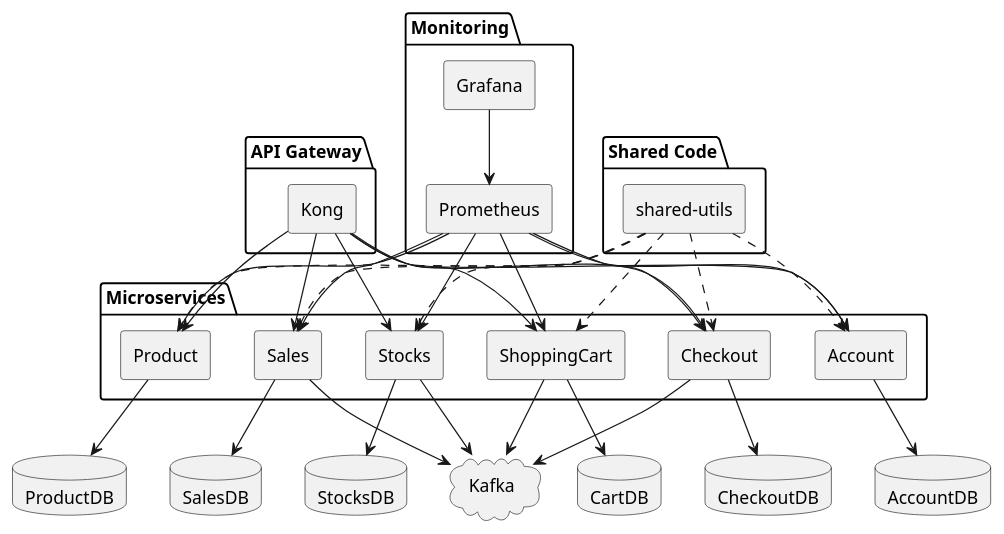
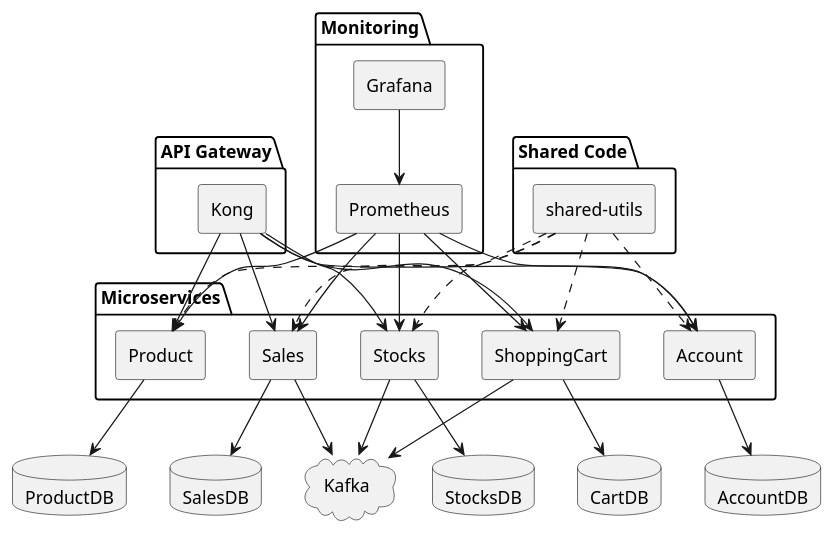
The third of 20 diagrams in docs/rapport.md (ThePhobosDeimosSuite/laboratoire-0_log430), drawn with PlantUML before and after one commit. The commit also changed other lines of this file and 20 other files, not shown here.

```diff
--- a/docs/rapport.md
+++ b/docs/rapport.md
@@ -297,73 +279,66 @@
 @startuml component
 skinparam componentStyle rectangle
 skinparam defaultTextAlignment center
 
 package "API Gateway" {
   [Kong]
 }
 
 package "Monitoring" {
   [Prometheus]
   [Grafana]
 }
 
 package "Shared Code" {
   [shared-utils] as SharedUtils
 }
 
 cloud "Kafka" {
 }
 
 package "Microservices" {
   component Product
   component Sales
   component Stocks
   component Account
   component ShoppingCart
-  component Checkout
 }
 
 database "ProductDB" as dbProduct
 database "SalesDB" as dbSales
 database "StocksDB" as dbStocks
 database "AccountDB" as dbAccount
 database "CartDB" as dbCart
-database "CheckoutDB" as dbCheckout
 
 
 Kong --> Product
 Kong --> Sales
 Kong --> Stocks
 Kong --> Account
 Kong --> ShoppingCart
-Kong --> Checkout
 
 SharedUtils ..> Product
 SharedUtils ..> Sales
 SharedUtils ..> Stocks
 SharedUtils ..> Account
 SharedUtils ..> ShoppingCart
-SharedUtils ..> Checkout
 
 Product --> dbProduct
 Sales --> dbSales
 Stocks --> dbStocks
 Account --> dbAccount
 ShoppingCart --> dbCart
-Checkout --> dbCheckout
 
 Sales --> Kafka
 Stocks --> Kafka
 ShoppingCart --> Kafka
-Checkout --> Kafka
 
 Prometheus --> Product
 Prometheus --> Sales
 Prometheus --> Stocks
 Prometheus --> Account
 Prometheus --> ShoppingCart
-Prometheus --> Checkout
 
 Grafana --> Prometheus
 
 @enduml
```
